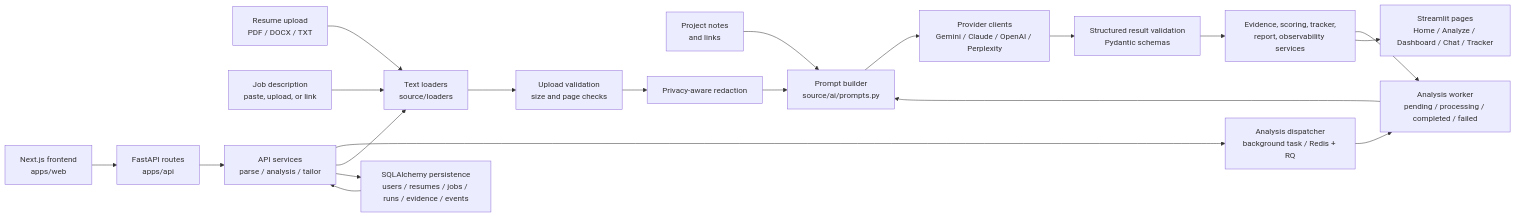
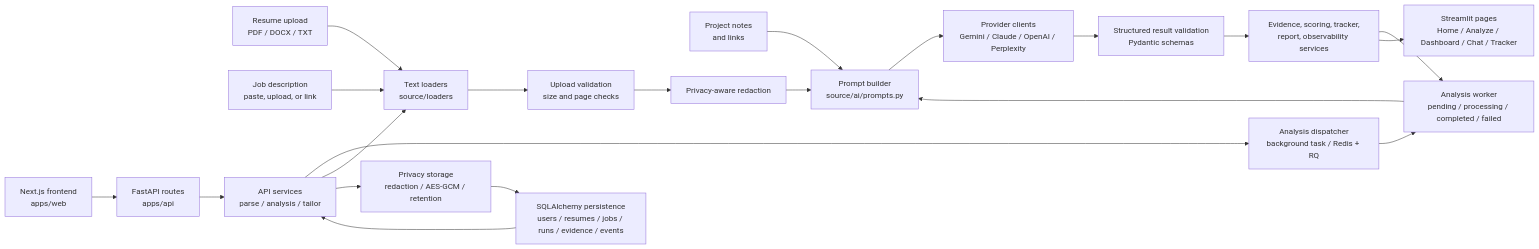
Before and after one commit to Sarthak2661/Truthfit-Resume-AI: the first of 2 diagrams in docs/architecture.md, drawn with Mermaid. The commit also changed other lines of this file and 28 other files, not shown here.

Commit message:
privacy and retention update

````diff
--- a/docs/architecture.md
+++ b/docs/architecture.md
@@ -7,22 +7,23 @@
 ```mermaid
 flowchart LR
     resume["Resume upload<br>PDF / DOCX / TXT"] --> loaders["Text loaders<br>source/loaders"]
     jd["Job description<br>paste, upload, or link"] --> loaders
     links["Project notes<br>and links"] --> prompt["Prompt builder<br>source/ai/prompts.py"]
     web["Next.js frontend<br>apps/web"] --> api
     api["FastAPI routes<br>apps/api"] --> api_services["API services<br>parse / analysis / tailor"]
     api_services --> queue["Analysis dispatcher<br>background task / Redis + RQ"]
     queue --> worker["Analysis worker<br>pending / processing / completed / failed"]
     api_services --> loaders
     worker --> prompt
     loaders --> validation["Upload validation<br>size and page checks"]
     validation --> redaction["Privacy-aware redaction"]
     redaction --> prompt
     prompt --> providers["Provider clients<br>Gemini / Claude / OpenAI / Perplexity"]
     providers --> schema["Structured result validation<br>Pydantic schemas"]
     schema --> services["Evidence, scoring, tracker,<br>report, observability services"]
-    api_services --> db["SQLAlchemy persistence<br>users / resumes / jobs / runs / evidence / events"]
+    api_services --> privacy["Privacy storage<br>redaction / AES-GCM / retention"]
+    privacy --> db["SQLAlchemy persistence<br>users / resumes / jobs / runs / evidence / events"]
     db --> api_services
     services --> worker
     services --> pages["Streamlit pages<br>Home / Analyze / Dashboard / Chat / Tracker"]
 ```
````
